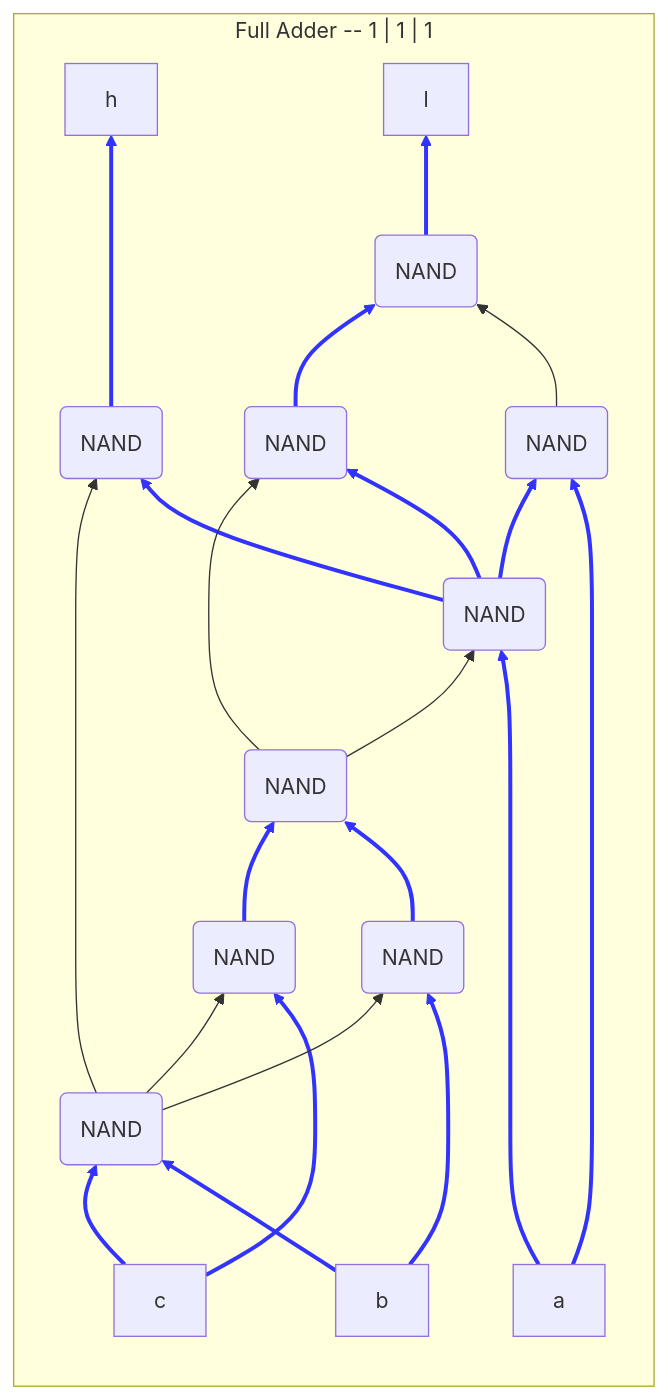
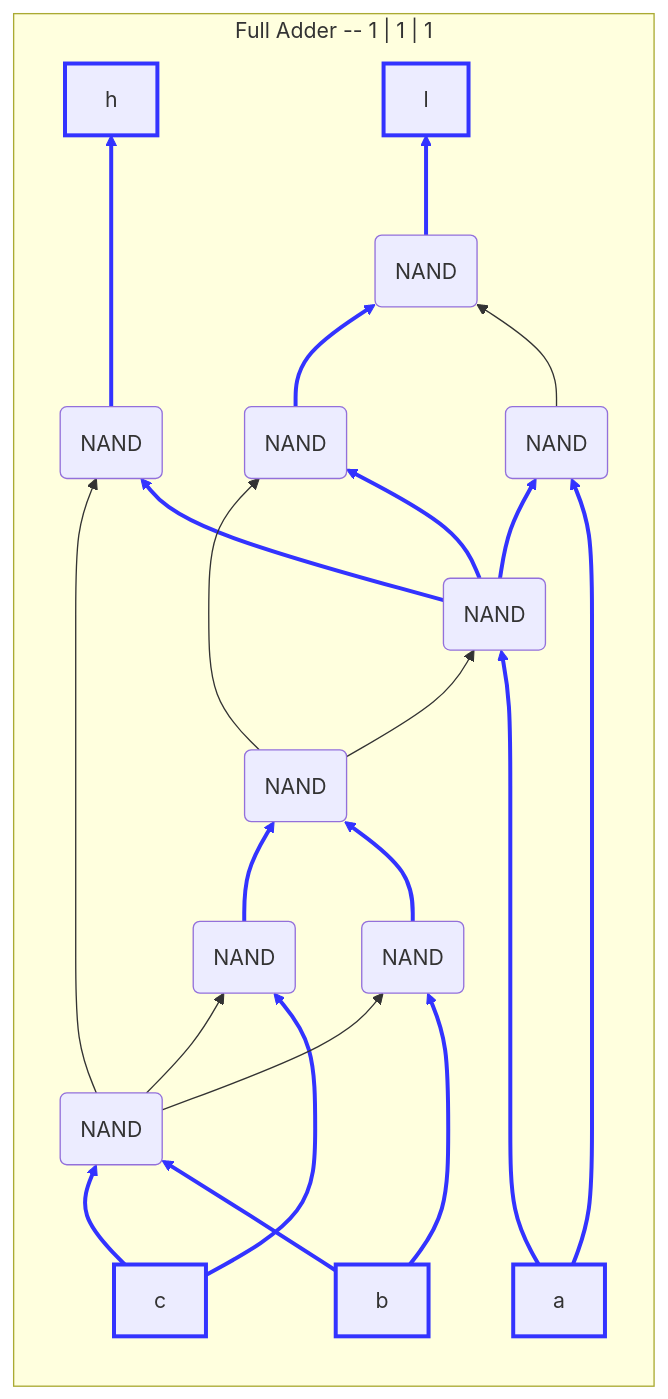
One commit to DaveyJH/nandgame changed the eighth of 8 diagrams in arithmetic/full-adder.md. Above: the diagram before and after it, drawn with Mermaid. The commit also changed other lines of this file, not shown here.

````diff
--- a/arithmetic/full-adder.md
+++ b/arithmetic/full-adder.md
@@ -217,33 +223,34 @@
 ```mermaid
 flowchart BT
 subgraph "Full Adder -- 1 | 1 | 1"
 direction BT
 
-a[a]----->n1(NAND) & n2(NAND);
-b[b]-->n3(NAND) & n4(NAND);
-c[c]-->n4 & n5(NAND);
+a[a]:::ON----->n1(NAND) & n2(NAND);
+b[b]:::ON-->n3(NAND) & n4(NAND);
+c[c]:::ON-->n4 & n5(NAND);
 n1-->n2 & n6(NAND) & n8(NAND);
 n2-->n9(NAND);
 n3-->n7(NAND);
 n4-->n3 & n6 & n5;
 n5-->n7;
-n6--->h[h];
+n6--->h[h]:::ON;
 n7-->n8 & n1;
 n8-->n9;
-n9-->l[l];
+n9-->l[l]:::ON;
+classDef ON stroke:#33f,stroke-width:3px;
 linkStyle 0 stroke:#33f,stroke-width:3px;
 linkStyle 1 stroke:#33f,stroke-width:3px;
 linkStyle 2 stroke:#33f,stroke-width:3px;
 linkStyle 3 stroke:#33f,stroke-width:3px;
 linkStyle 4 stroke:#33f,stroke-width:3px;
 linkStyle 5 stroke:#33f,stroke-width:3px;
 linkStyle 6 stroke:#33f,stroke-width:3px;
 linkStyle 7 stroke:#33f,stroke-width:3px;
 linkStyle 8 stroke:#33f,stroke-width:3px;
 linkStyle 10 stroke:#33f,stroke-width:3px;
 linkStyle 14 stroke:#33f,stroke-width:3px;
 linkStyle 15 stroke:#33f,stroke-width:3px;
 linkStyle 18 stroke:#33f,stroke-width:3px;
 linkStyle 19 stroke:#33f,stroke-width:3px;
 end
 ```
````
